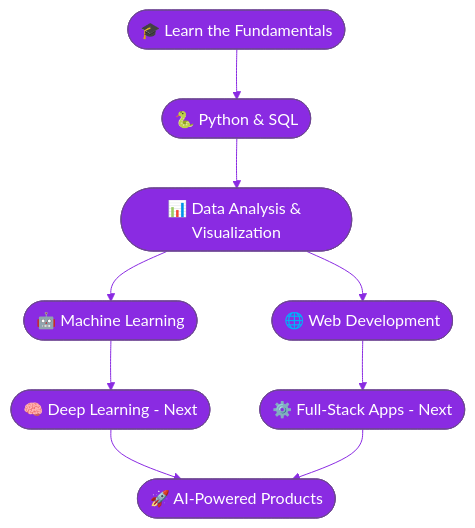
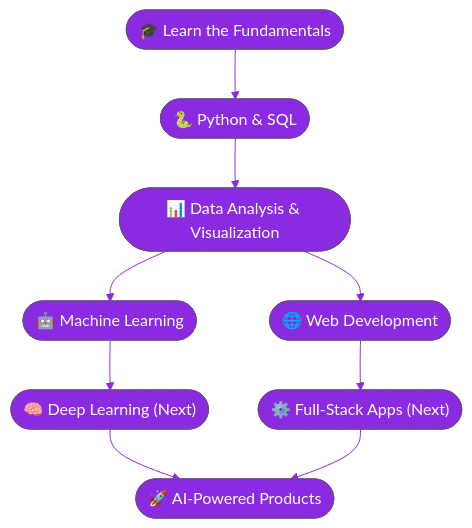
One commit to Sajidnihal52/Sajidnihal52 changed the third of 4 diagrams in README.md. Above: the diagram before and after it, drawn with Mermaid. The commit also changed other lines of this file, not shown here.

````diff
--- a/README.md
+++ b/README.md
@@ -116,12 +115,12 @@
 ```mermaid
 %%{init: {'theme':'base','themeVariables':{'primaryColor':'#8A2BE2','primaryTextColor':'#ffffff','lineColor':'#8A2BE2'}}}%%
 flowchart TD
-    A([🎓 Learn the Fundamentals]) --> B([🐍 Python & SQL])
-    B --> C([📊 Data Analysis & Visualization])
-    C --> D([🤖 Machine Learning])
-    C --> E([🌐 Web Development])
-    D --> F([🧠 Deep Learning - Next])
-    E --> G([⚙️ Full-Stack Apps - Next])
-    F --> H([🚀 AI-Powered Products])
+    A(["🎓 Learn the Fundamentals"]) --> B(["🐍 Python & SQL"])
+    B --> C(["📊 Data Analysis & Visualization"])
+    C --> D(["🤖 Machine Learning"])
+    C --> E(["🌐 Web Development"])
+    D --> F(["🧠 Deep Learning (Next)"])
+    E --> G(["⚙️ Full-Stack Apps (Next)"])
+    F --> H(["🚀 AI-Powered Products"])
     G --> H
 ```
````
